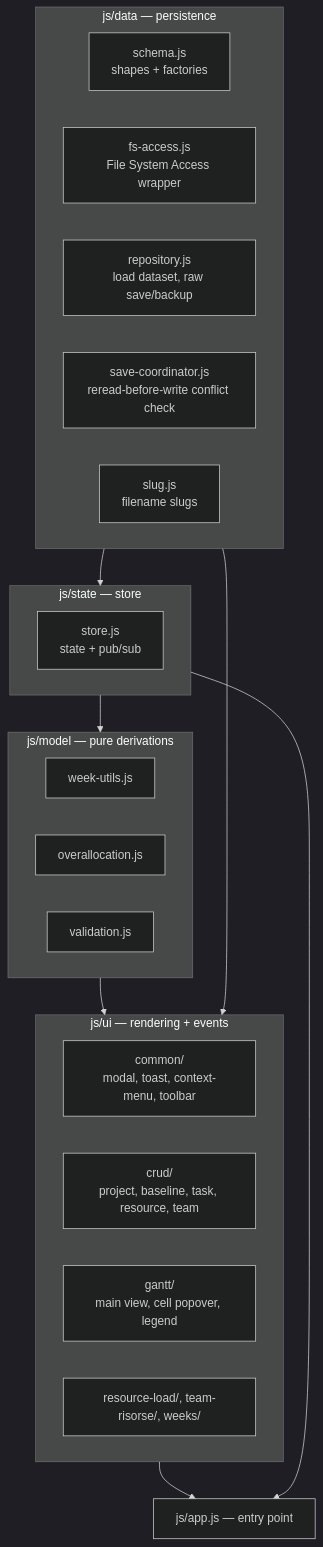
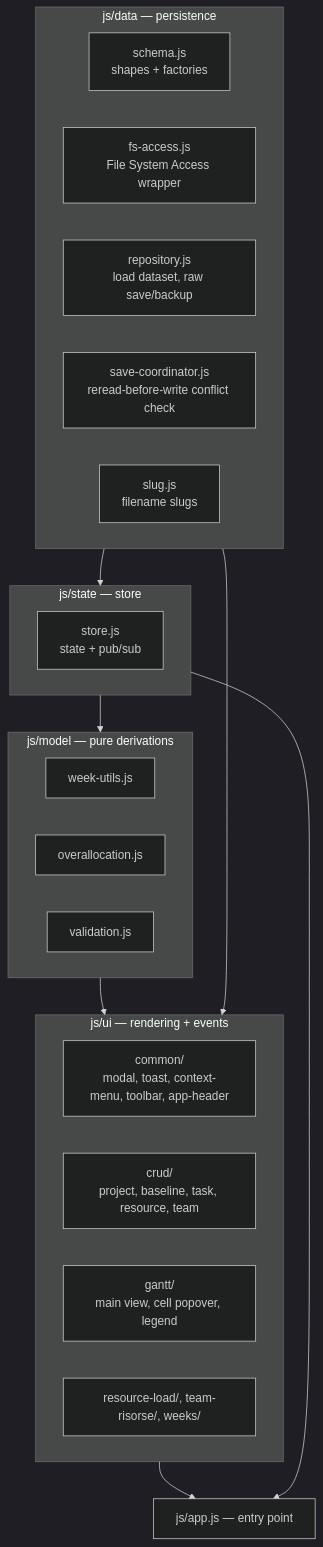
Before and after one commit to alexscarcella/Weavo: the first of 2 diagrams in docs/architecture.md, drawn with Mermaid (dark theme). The commit also changed other lines of this file and 7 other files, not shown here.

````diff
--- a/docs/architecture.md
+++ b/docs/architecture.md
@@ -31,32 +31,32 @@
 ```mermaid
 flowchart TB
     subgraph data["js/data — persistence"]
         schema["schema.js\nshapes + factories"]
         fsaccess["fs-access.js\nFile System Access wrapper"]
         repository["repository.js\nload dataset, raw save/backup"]
         savecoord["save-coordinator.js\nreread-before-write conflict check"]
         slug["slug.js\nfilename slugs"]
     end
     subgraph state["js/state — store"]
         store["store.js\nstate + pub/sub"]
     end
     subgraph model["js/model — pure derivations"]
         weekutils["week-utils.js"]
         overalloc["overallocation.js"]
         validation["validation.js"]
     end
     subgraph ui["js/ui — rendering + events"]
-        common["common/\nmodal, toast, context-menu, toolbar"]
+        common["common/\nmodal, toast, context-menu, toolbar, app-header"]
         crud["crud/\nproject, baseline, task, resource, team"]
         gantt["gantt/\nmain view, cell popover, legend"]
         other["resource-load/, team-risorse/, weeks/"]
     end
     app["js/app.js — entry point"]
 
     data --> state
     state --> model
     model --> ui
     data --> ui
     ui --> app
     state --> app
 ```
````
